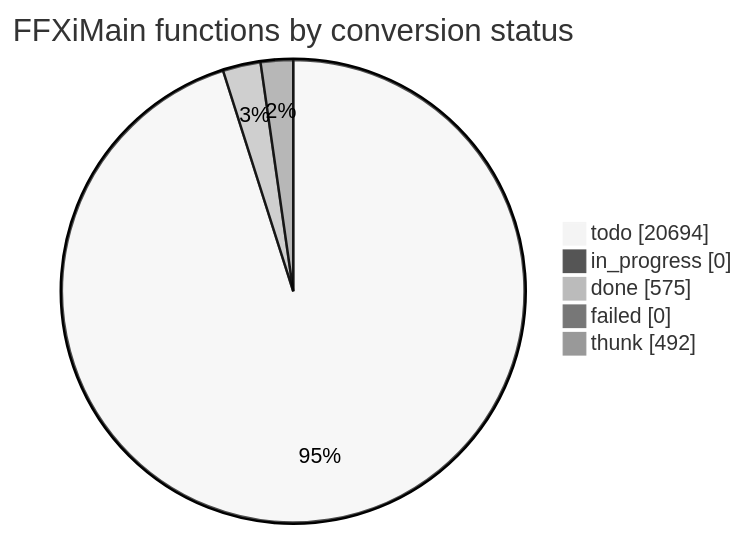
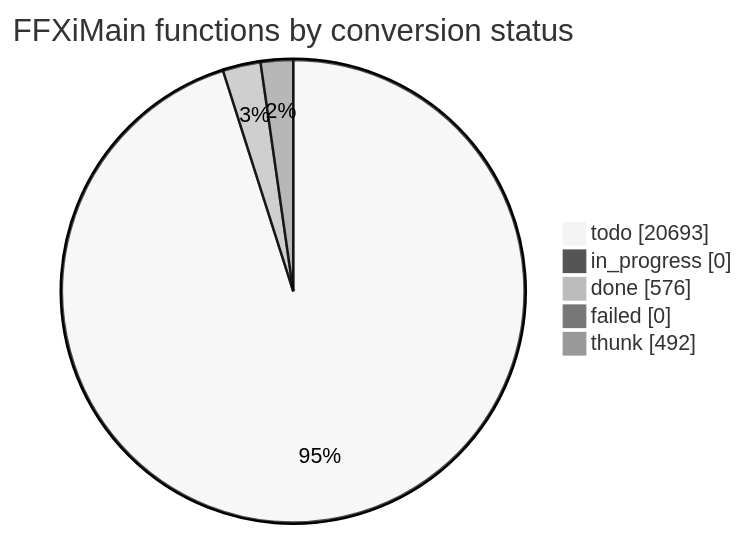
The diagram in docs/cow/STATUS.md (cowrevenge/cow_kuluu_xi_anything), drawn with Mermaid (neutral theme) before and after one commit. The commit also changed other lines of this file and 9 other files, not shown here.

````diff
--- a/docs/cow/STATUS.md
+++ b/docs/cow/STATUS.md
@@ -18,9 +18,9 @@
 ```mermaid
 pie showData
     title FFXiMain functions by conversion status
-    "todo" : 20694
+    "todo" : 20693
     "in_progress" : 0
-    "done" : 575
+    "done" : 576
     "failed" : 0
     "thunk" : 492
 ```
````
